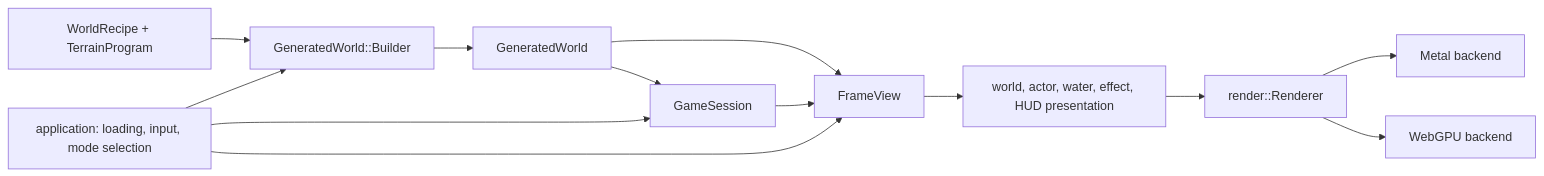
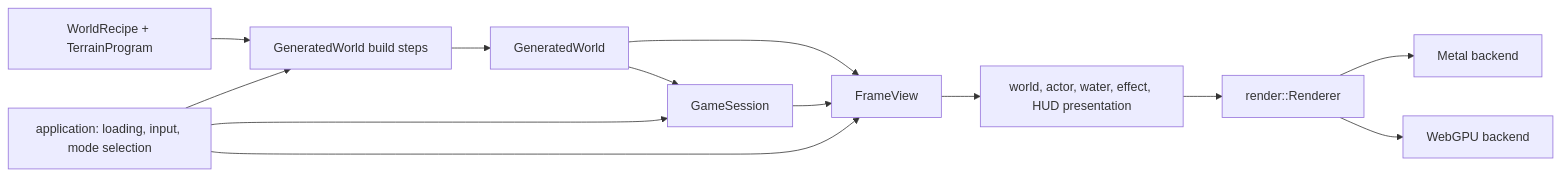
The first of 2 diagrams in docs/engine-atlas.md (mbrock/moppe), drawn with Mermaid before and after one commit. The commit also changed other lines of this file and 14 other files, not shown here.

````diff
--- a/docs/engine-atlas.md
+++ b/docs/engine-atlas.md
@@ -15,15 +15,15 @@
 ```mermaid
 flowchart LR
-  recipe["WorldRecipe + TerrainProgram"] --> build["GeneratedWorld::Builder"]
+  recipe["WorldRecipe + TerrainProgram"] --> build["GeneratedWorld build steps"]
   build --> world["GeneratedWorld"]
   world --> session["GameSession"]
   world --> view["FrameView"]
   session --> view
   view --> scene["world, actor, water, effect, HUD presentation"]
   scene --> renderer["render::Renderer"]
   renderer --> metal["Metal backend"]
   renderer --> webgpu["WebGPU backend"]
   app["application: loading, input, mode selection"] --> build
   app --> session
   app --> view
 ```
````
